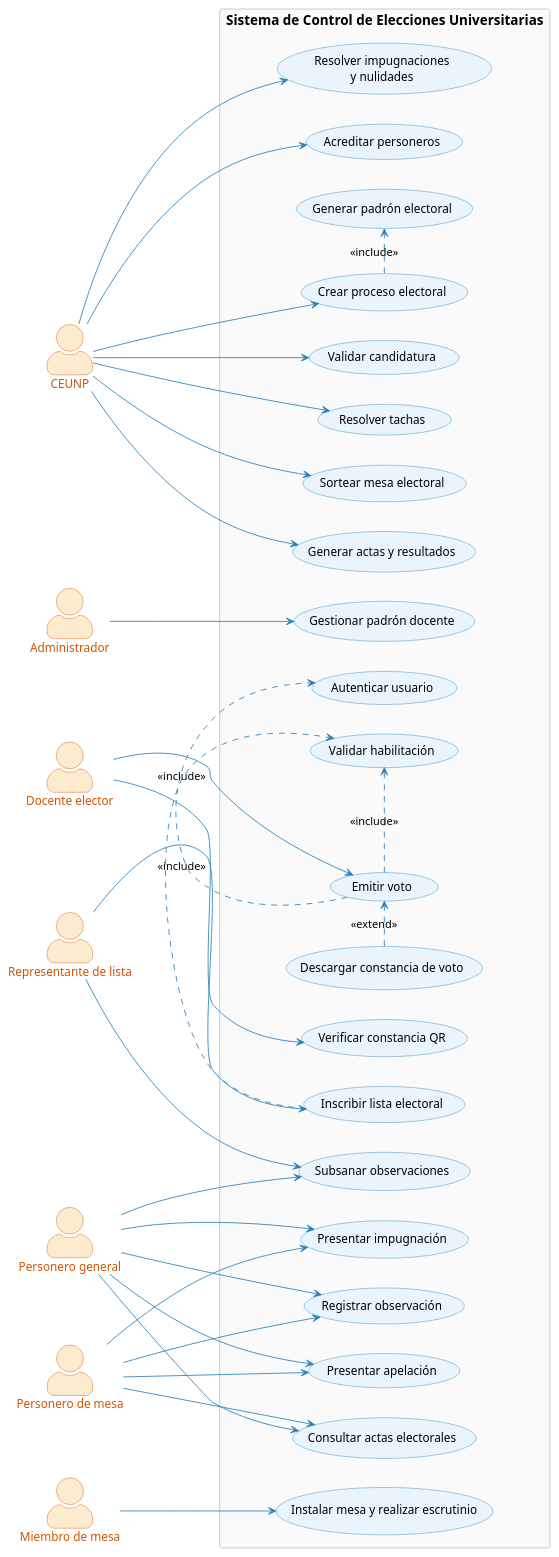
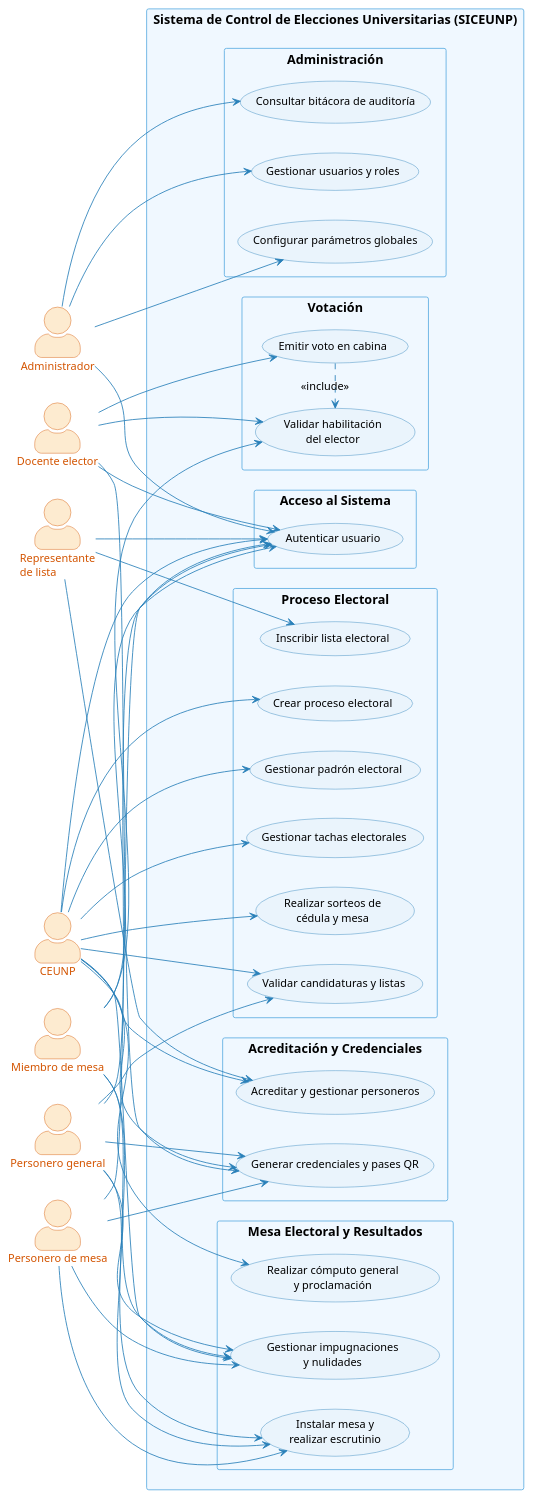
The diagram in diagramas/diagrama_casos_uso_general.puml (LeandroUniversitario/sistemaDeVotacionesUnp), drawn with PlantUML before and after one commit. The commit also changed 25 other files, not shown here.

Commit message:
feat: implementacion completa de CUS y ET, diagramas de secuencia, migraciones SQL y validaciones RN02 / RF12

```diff
--- a/diagramas/diagrama_casos_uso_general.puml
+++ b/diagramas/diagrama_casos_uso_general.puml
@@ -1,92 +1,172 @@
 @startuml Diagrama_Casos_Uso_General
 left to right direction
 skinparam actorStyle awesome
 skinparam packageStyle rectangle
 skinparam backgroundcolor transparent
+skinparam defaultFontName Helvetica
 
 skinparam usecase {
     BackgroundColor #EAF4FC
     BorderColor #2980B9
-    FontName Helvetica
-    FontSize 14
+    FontSize 13
     ArrowColor #2980B9
 }
 
 skinparam actor {
     BackgroundColor #FDEBD0
     BorderColor #D35400
-    FontName Helvetica
-    FontSize 14
+    FontSize 13
     FontColor #D35400
 }
 
 skinparam rectangle {
     BackgroundColor #FAFAFA
-    BorderColor #BDC3C7
-    FontName Helvetica
-    FontSize 16
+    BorderColor #2C3E50
+    FontSize 15
     FontStyle bold
 }
 
-actor "CEUNP" as comite
-actor "Administrador" as admin
-actor "Docente elector" as elector
-actor "Representante de lista" as representante
-actor "Personero general" as personeroGeneral
-actor "Personero de mesa" as personeroMesa
-actor "Miembro de mesa" as miembroMesa
-
-rectangle "Sistema de Control de Elecciones Universitarias" {
-  usecase "Gestionar padrón docente" as UC6
-  usecase "Crear proceso electoral" as UC3
-  usecase "Generar padrón electoral" as UC4
-  usecase "Inscribir lista electoral" as UC1
-  usecase "Subsanar observaciones" as UC16
-  usecase "Validar candidatura" as UC2
-  usecase "Resolver tachas" as UC12
-  usecase "Sortear mesa electoral" as UC7
-  usecase "Emitir voto" as UC5
-  usecase "Autenticar usuario" as UC14
-  usecase "Generar actas y resultados" as UC8
-  usecase "Verificar constancia QR" as UC15
-  usecase "Resolver impugnaciones\ny nulidades" as UC9
-  usecase "Presentar impugnación" as UC17
-  usecase "Presentar apelación" as UC18
-  usecase "Registrar observación" as UC19
-  usecase "Consultar actas electorales" as UC20
-  usecase "Instalar mesa y realizar escrutinio" as UC21
-  usecase "Validar habilitación" as UC10
-  usecase "Descargar constancia de voto" as UC11
-  usecase "Acreditar personeros" as UC13
+skinparam package {
+    BackgroundColor #F0F8FF
+    BorderColor #5DADE2
+    FontSize 12
+    FontStyle bold
+    FontColor #1A5276
 }
 
-admin --> UC6
-comite --> UC3
-comite --> UC2
-comite --> UC7
-comite --> UC8
-comite --> UC9
-comite --> UC12
-comite --> UC13
-representante --> UC1
-representante --> UC16
-elector --> UC5
-elector --> UC15
-personeroGeneral --> UC16
-personeroGeneral --> UC17
-personeroGeneral --> UC18
-personeroGeneral --> UC19
-personeroGeneral --> UC20
-personeroMesa --> UC17
-personeroMesa --> UC18
-personeroMesa --> UC19
-personeroMesa --> UC20
-miembroMesa --> UC21
+' ==========================================
+' ACTORES IZQUIERDA
+' ==========================================
+together {
+    actor "Administrador" as admin
+    actor "Representante\nde lista" as representante
+    actor "Docente elector" as elector
+}
 
-UC3 .> UC4 : <<include>>
-UC5 .> UC10 : <<include>>
-UC5 .> UC14 : <<include>>
-UC1 .> UC10 : <<include>>
-UC11 .> UC5 : <<extend>>
+' ==========================================
+' ACTORES DERECHA
+' ==========================================
+together {
+    actor "CEUNP" as comite
+    actor "Miembro de mesa" as miembroMesa
+    actor "Personero general" as personeroGeneral
+    actor "Personero de mesa" as personeroMesa
+}
+
+' ==========================================
+' SISTEMA SICEUNP
+' ==========================================
+rectangle "Sistema de Control de Elecciones Universitarias (SICEUNP)" {
+
+    ' --- Acceso ---
+    package "Acceso al Sistema" {
+        usecase "Autenticar usuario" as UC_Auth
+    }
+
+    ' --- Administración ---
+    package "Administración" {
+        usecase "Gestionar usuarios y roles" as UC_Users
+        usecase "Configurar parámetros globales" as UC_Params
+        usecase "Consultar bitácora de auditoría" as UC_Bitacora
+    }
+
+    ' --- Proceso Electoral ---
+    package "Proceso Electoral" {
+        usecase "Crear proceso electoral" as UC_Proceso
+        usecase "Gestionar padrón electoral" as UC_Padron
+        usecase "Inscribir lista electoral" as UC_Listas
+        usecase "Validar candidaturas y listas" as UC_ValidarListas
+        usecase "Gestionar tachas electorales" as UC_Tachas
+        usecase "Realizar sorteos de\ncédula y mesa" as UC_Sorteo
+    }
+
+    ' --- Acreditaciones y Credenciales ---
+    package "Acreditación y Credenciales" {
+        usecase "Acreditar y gestionar personeros" as UC_Personeros
+        usecase "Generar credenciales y pases QR" as UC_Credenciales
+    }
+
+    ' --- Votación ---
+    package "Votación" {
+        usecase "Validar habilitación\ndel elector" as UC_Validar
+        usecase "Emitir voto en cabina" as UC_Voto
+    }
+
+    ' --- Escrutinio, Impugnaciones y Cómputo ---
+    package "Mesa Electoral y Resultados" {
+        usecase "Instalar mesa y\nrealizar escrutinio" as UC_Escrutinio
+        usecase "Gestionar impugnaciones\ny nulidades" as UC_Impugnaciones
+        usecase "Realizar cómputo general\ny proclamación" as UC_Computo
+    }
+}
+
+' ==========================================
+' CONEXIONES — ADMINISTRADOR
+' ==========================================
+admin --> UC_Auth
+admin --> UC_Users
+admin --> UC_Params
+admin --> UC_Bitacora
+
+' ==========================================
+' CONEXIONES — REPRESENTANTE DE LISTA
+' ==========================================
+representante --> UC_Auth
+representante --> UC_Listas
+representante --> UC_Personeros
+
+' ==========================================
+' CONEXIONES — DOCENTE ELECTOR
+' ==========================================
+elector --> UC_Auth
+elector --> UC_Validar
+elector --> UC_Voto
+elector --> UC_Credenciales
+
+' ==========================================
+' CONEXIONES — CEUNP
+' ==========================================
+comite --> UC_Auth
+comite --> UC_Proceso
+comite --> UC_Padron
+comite --> UC_ValidarListas
+comite --> UC_Tachas
+comite --> UC_Sorteo
+comite --> UC_Personeros
+comite --> UC_Credenciales
+comite --> UC_Impugnaciones
+comite --> UC_Computo
+
+' ==========================================
+' CONEXIONES — MIEMBRO DE MESA
+' ==========================================
+miembroMesa --> UC_Auth
+miembroMesa --> UC_Validar
+miembroMesa --> UC_Escrutinio
+miembroMesa --> UC_Impugnaciones
+
+' ==========================================
+' CONEXIONES — PERSONERO GENERAL
+' (Fiscaliza todo el proceso electoral)
+' ==========================================
+personeroGeneral --> UC_Auth
+personeroGeneral --> UC_ValidarListas
+personeroGeneral --> UC_Credenciales
+personeroGeneral --> UC_Escrutinio
+personeroGeneral --> UC_Impugnaciones
+
+' ==========================================
+' CONEXIONES — PERSONERO DE MESA
+' (Fiscaliza en el ámbito de su mesa)
+' ==========================================
+personeroMesa --> UC_Auth
+personeroMesa --> UC_Credenciales
+personeroMesa --> UC_Escrutinio
+personeroMesa --> UC_Impugnaciones
+
+' ==========================================
+' RELACIONES INCLUDE
+' ==========================================
+UC_Voto .> UC_Validar : <<include>>
 
 @enduml
```
